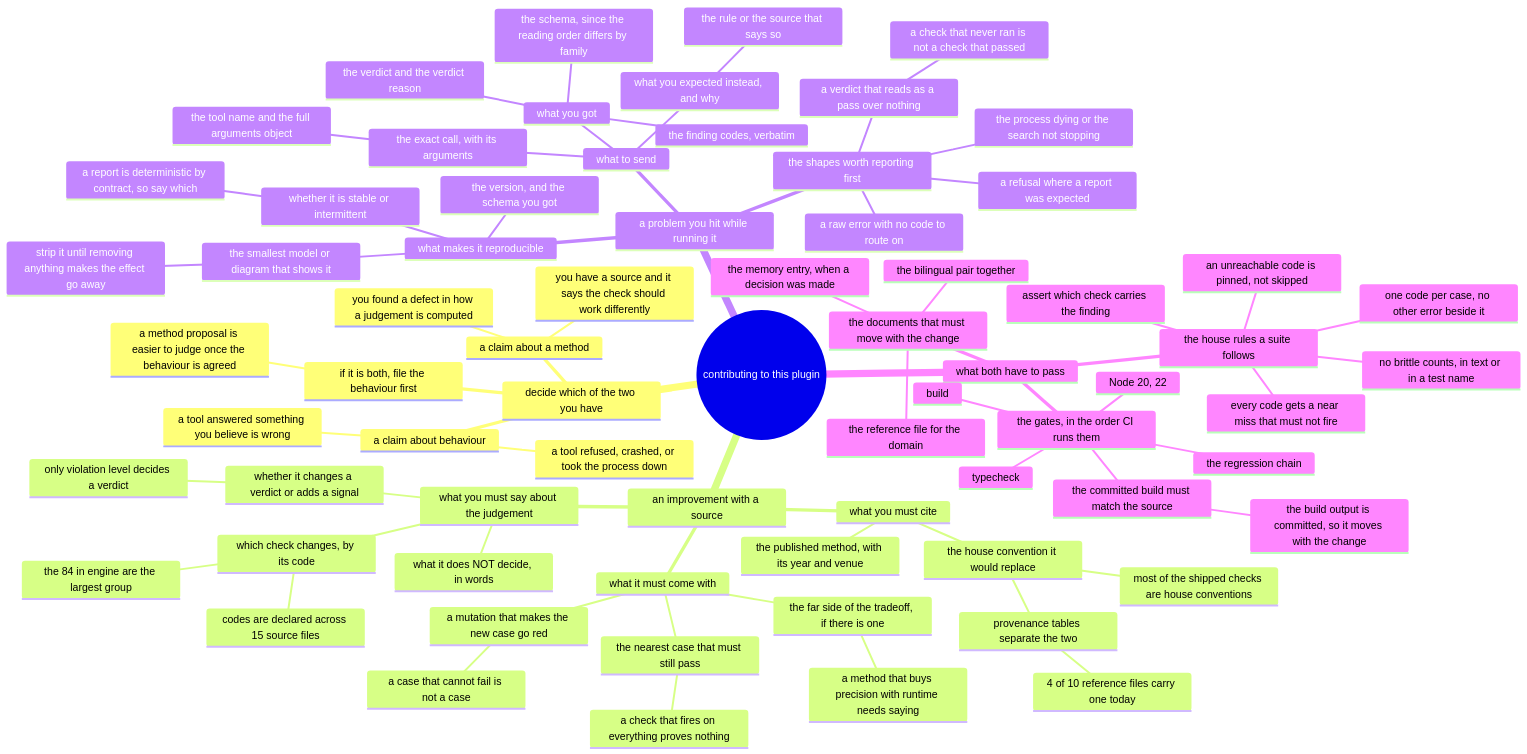
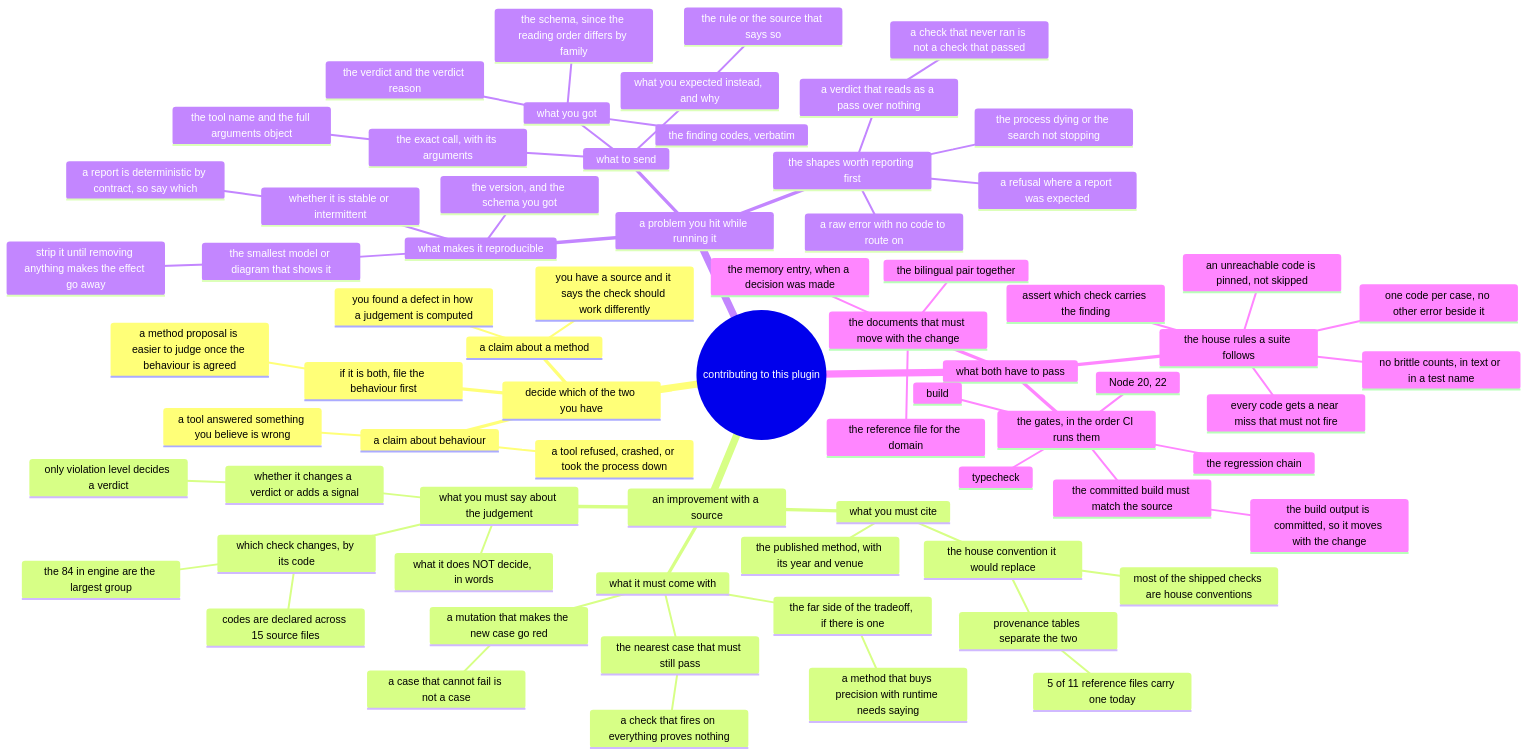
The diagram in docs/contributing/mindmap.mmd (AmethystLuna/dsh-model-everything), drawn with Mermaid before and after one commit. The commit also changed 10 other files, not shown here.

```diff
--- a/docs/contributing/mindmap.mmd
+++ b/docs/contributing/mindmap.mmd
@@ -1,72 +1,72 @@
 mindmap
 root((contributing to this plugin))
   decide which of the two you have
     a claim about a method
       you have a source and it says the check should work differently
       you found a defect in how a judgement is computed
     a claim about behaviour
       a tool answered something you believe is wrong
       a tool refused, crashed, or took the process down
     if it is both, file the behaviour first
       a method proposal is easier to judge once the behaviour is agreed
   an improvement with a source
     what you must cite
       the published method, with its year and venue
       the house convention it would replace
         provenance tables separate the two
-          4 of 10 reference files carry one today
+          5 of 11 reference files carry one today
         most of the shipped checks are house conventions
     what you must say about the judgement
       which check changes, by its code
         codes are declared across 15 source files
         the 84 in engine are the largest group
       whether it changes a verdict or adds a signal
         only violation level decides a verdict
       what it does NOT decide, in words
     what it must come with
       the nearest case that must still pass
         a check that fires on everything proves nothing
       a mutation that makes the new case go red
         a case that cannot fail is not a case
       the far side of the tradeoff, if there is one
         a method that buys precision with runtime needs saying
   a problem you hit while running it
     what to send
       the exact call, with its arguments
         the tool name and the full arguments object
       what you got
         the verdict and the verdict reason
         the finding codes, verbatim
         the schema, since the reading order differs by family
       what you expected instead, and why
         the rule or the source that says so
     the shapes worth reporting first
       a verdict that reads as a pass over nothing
         a check that never ran is not a check that passed
       a refusal where a report was expected
       a raw error with no code to route on
       the process dying or the search not stopping
     what makes it reproducible
       the smallest model or diagram that shows it
         strip it until removing anything makes the effect go away
       the version, and the schema you got
       whether it is stable or intermittent
         a report is deterministic by contract, so say which
   what both have to pass
     the gates, in the order CI runs them
       Node 20, 22
       typecheck
       build
       the regression chain
       the committed build must match the source
         the build output is committed, so it moves with the change
     the house rules a suite follows
       one code per case, no other error beside it
       assert which check carries the finding
       every code gets a near miss that must not fire
       an unreachable code is pinned, not skipped
       no brittle counts, in text or in a test name
     the documents that must move with the change
       the reference file for the domain
       the memory entry, when a decision was made
       the bilingual pair together
```
